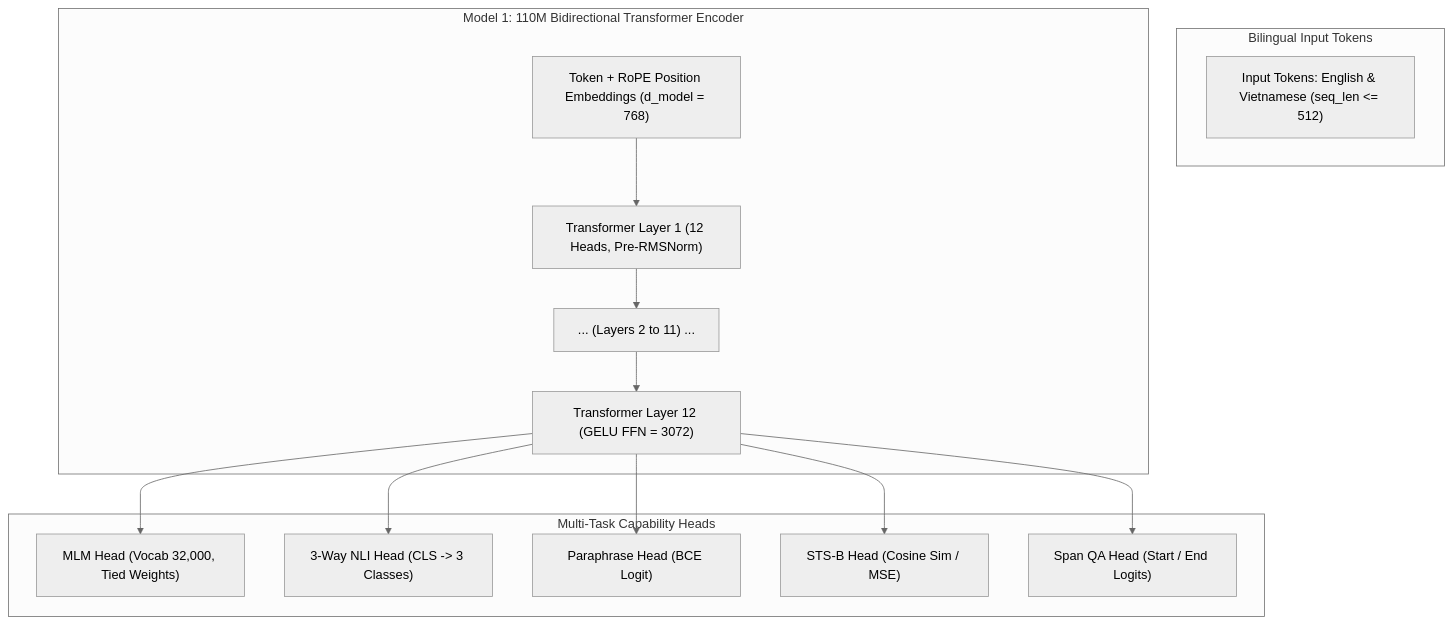
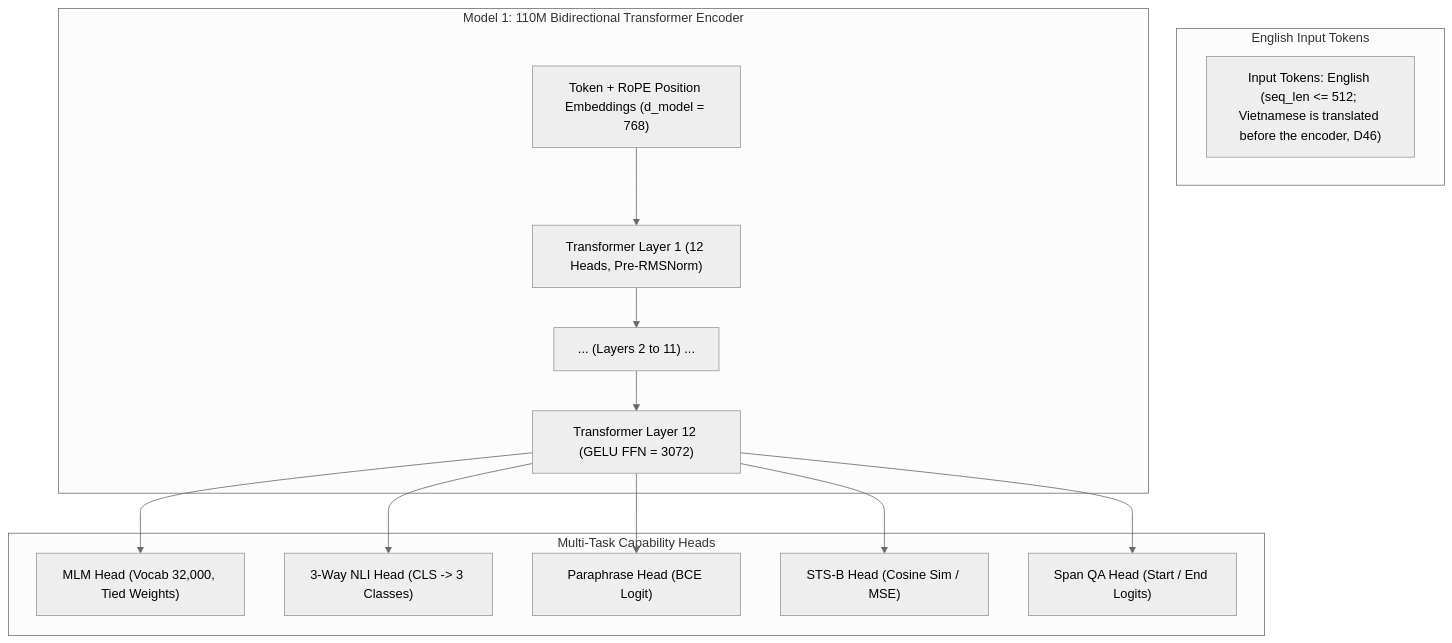
The diagram in docs/specifications/LANGUAGE_ENCODER_TRAINING_SPECIFICATION.md (ntdev204/laris), drawn with Mermaid (neutral theme) before and after one commit. The commit also changed other lines of this file and 32 other files, not shown here.

````diff
--- a/docs/specifications/LANGUAGE_ENCODER_TRAINING_SPECIFICATION.md
+++ b/docs/specifications/LANGUAGE_ENCODER_TRAINING_SPECIFICATION.md
@@ -51,18 +51,18 @@
 ```mermaid
 flowchart TD
-    subgraph Inputs["Bilingual Input Tokens"]
-        T["Input Tokens: English & Vietnamese (seq_len <= 512)"]
+    subgraph Inputs["English Input Tokens"]
+        T["Input Tokens: English (seq_len <= 512; Vietnamese is translated before the encoder, D46)"]
     end
     subgraph Encoder["Model 1: 110M Bidirectional Transformer Encoder"]
         Emb["Token + RoPE Position Embeddings (d_model = 768)"] --> L1["Transformer Layer 1 (12 Heads, Pre-RMSNorm)"]
         L1 --> Ldots["... (Layers 2 to 11) ..."]
         Ldots --> L12["Transformer Layer 12 (GELU FFN = 3072)"]
     end
     subgraph Heads["Multi-Task Capability Heads"]
         L12 --> H_MLM["MLM Head (Vocab 32,000, Tied Weights)"]
         L12 --> H_NLI["3-Way NLI Head (CLS -> 3 Classes)"]
         L12 --> H_PARA["Paraphrase Head (BCE Logit)"]
         L12 --> H_SIM["STS-B Head (Cosine Sim / MSE)"]
         L12 --> H_QA["Span QA Head (Start / End Logits)"]
     end
 ```
````
